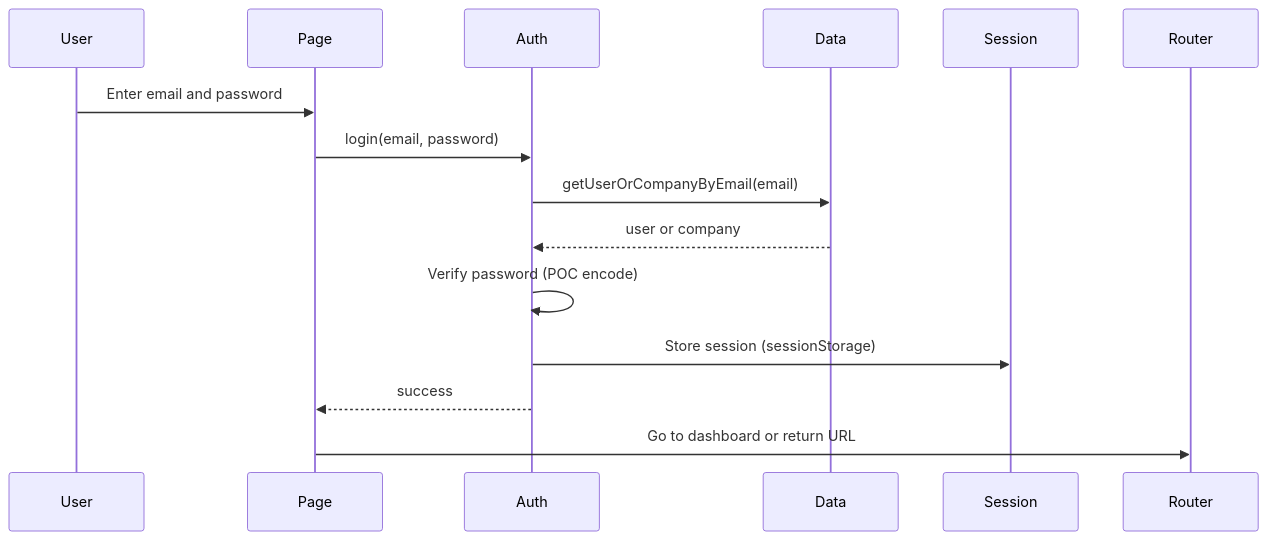
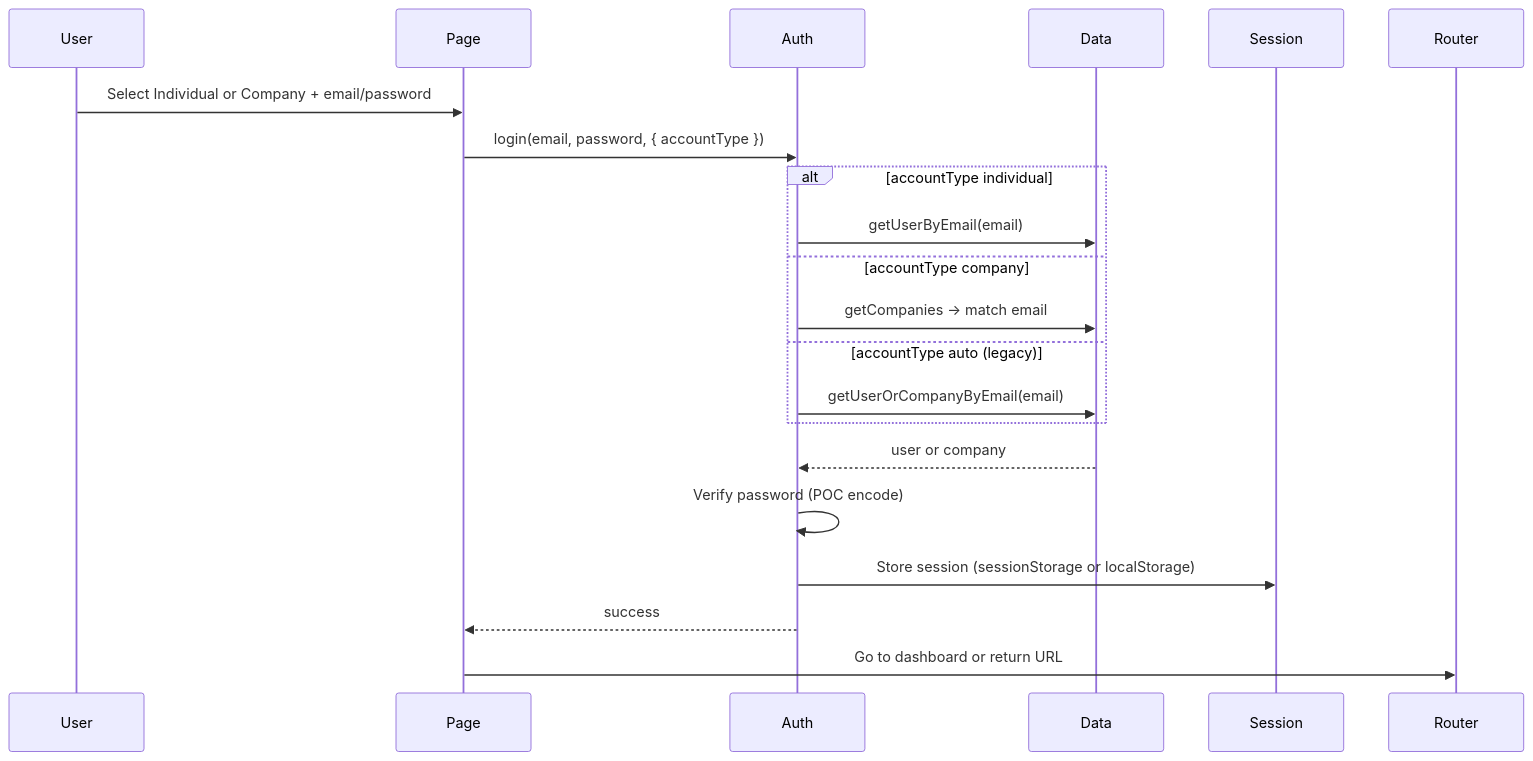
The second of 2 diagrams in docs/workflow/user-workflow.md (Mabdelmofdy/PMtwin1), drawn with Mermaid before and after one commit. The commit also changed other lines of this file and 7 other files, not shown here.

````diff
--- a/docs/workflow/user-workflow.md
+++ b/docs/workflow/user-workflow.md
@@ -77,11 +77,17 @@
 ```mermaid
 sequenceDiagram
-  User->>Page: Enter email and password
-  Page->>Auth: login(email, password)
-  Auth->>Data: getUserOrCompanyByEmail(email)
+  User->>Page: Select Individual or Company + email/password
+  Page->>Auth: login(email, password, { accountType })
+  alt accountType individual
+    Auth->>Data: getUserByEmail(email)
+  else accountType company
+    Auth->>Data: getCompanies → match email
+  else accountType auto (legacy)
+    Auth->>Data: getUserOrCompanyByEmail(email)
+  end
   Data-->>Auth: user or company
   Auth->>Auth: Verify password (POC encode)
-  Auth->>Session: Store session (sessionStorage)
+  Auth->>Session: Store session (sessionStorage or localStorage)
   Auth-->>Page: success
   Page->>Router: Go to dashboard or return URL
 ```
````
